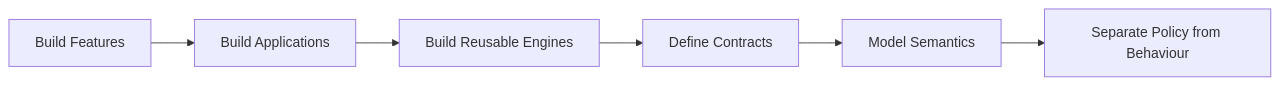
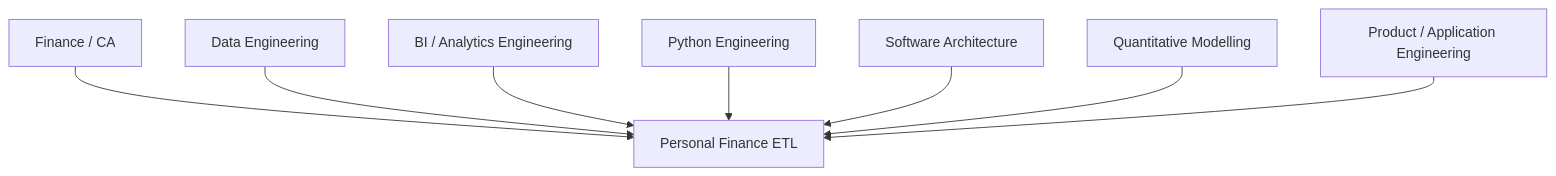
One commit to tks18/personal-finance-etl changed the second of 2 diagrams in docs/about/about-me.md. Above: the diagram before and after it, drawn with Mermaid. The commit also changed other lines of this file and 2 other files, not shown here.

````diff
--- a/docs/about/about-me.md
+++ b/docs/about/about-me.md
@@ -655,8 +184,10 @@
 ```mermaid
-flowchart LR
-    F["Build Features"] --> APP["Build Applications"]
-    APP --> ENG["Build Reusable Engines"]
-    ENG --> CON["Define Contracts"]
-    CON --> SEM["Model Semantics"]
-    SEM --> POL["Separate Policy from Behaviour"]
+flowchart TB
+    FIN["Finance / CA"] --> PF["Personal Finance ETL"]
+    DE["Data Engineering"] --> PF
+    BI["BI / Analytics Engineering"] --> PF
+    PY["Python Engineering"] --> PF
+    ARCH["Software Architecture"] --> PF
+    QUANT["Quantitative Modelling"] --> PF
+    PROD["Product / Application Engineering"] --> PF
 ```
````
